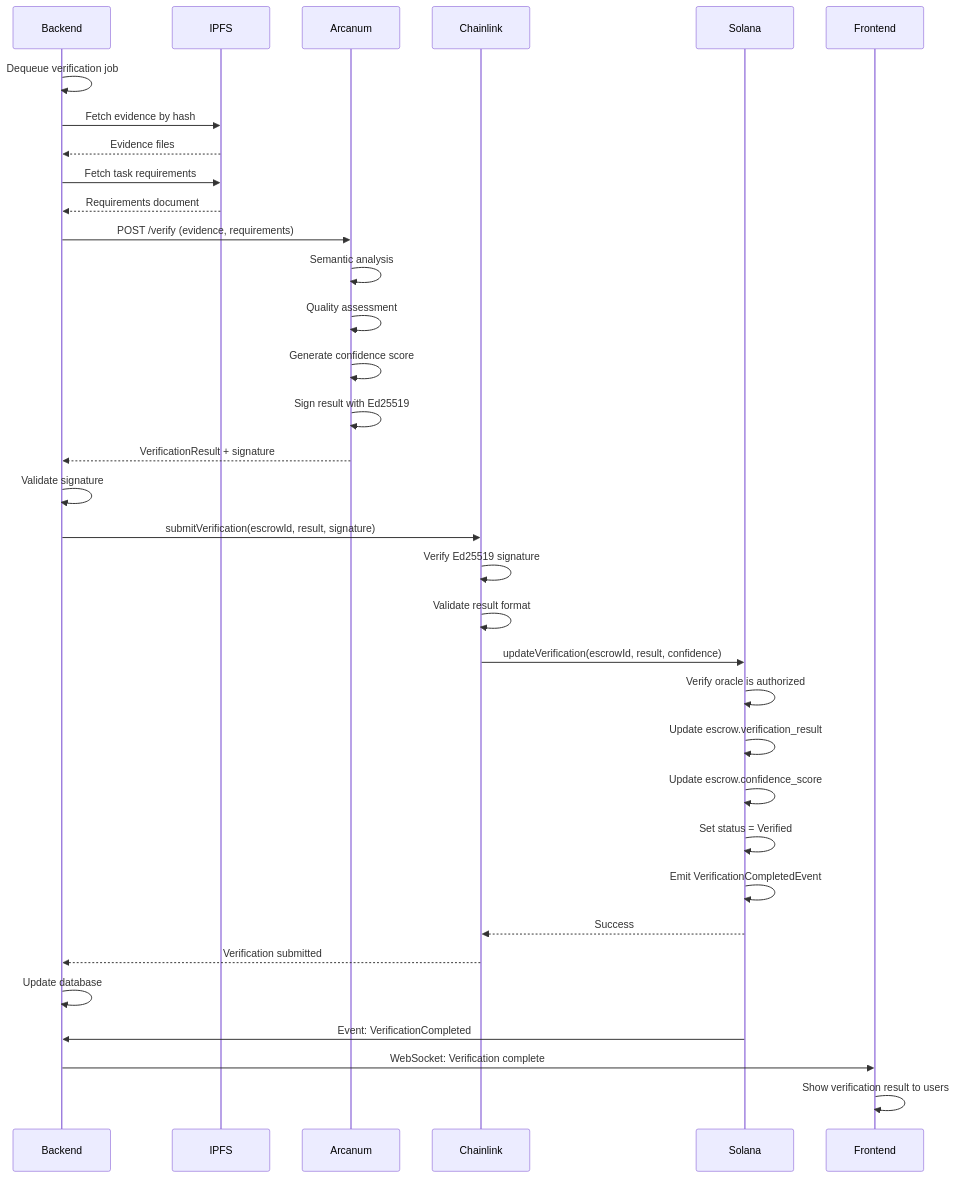
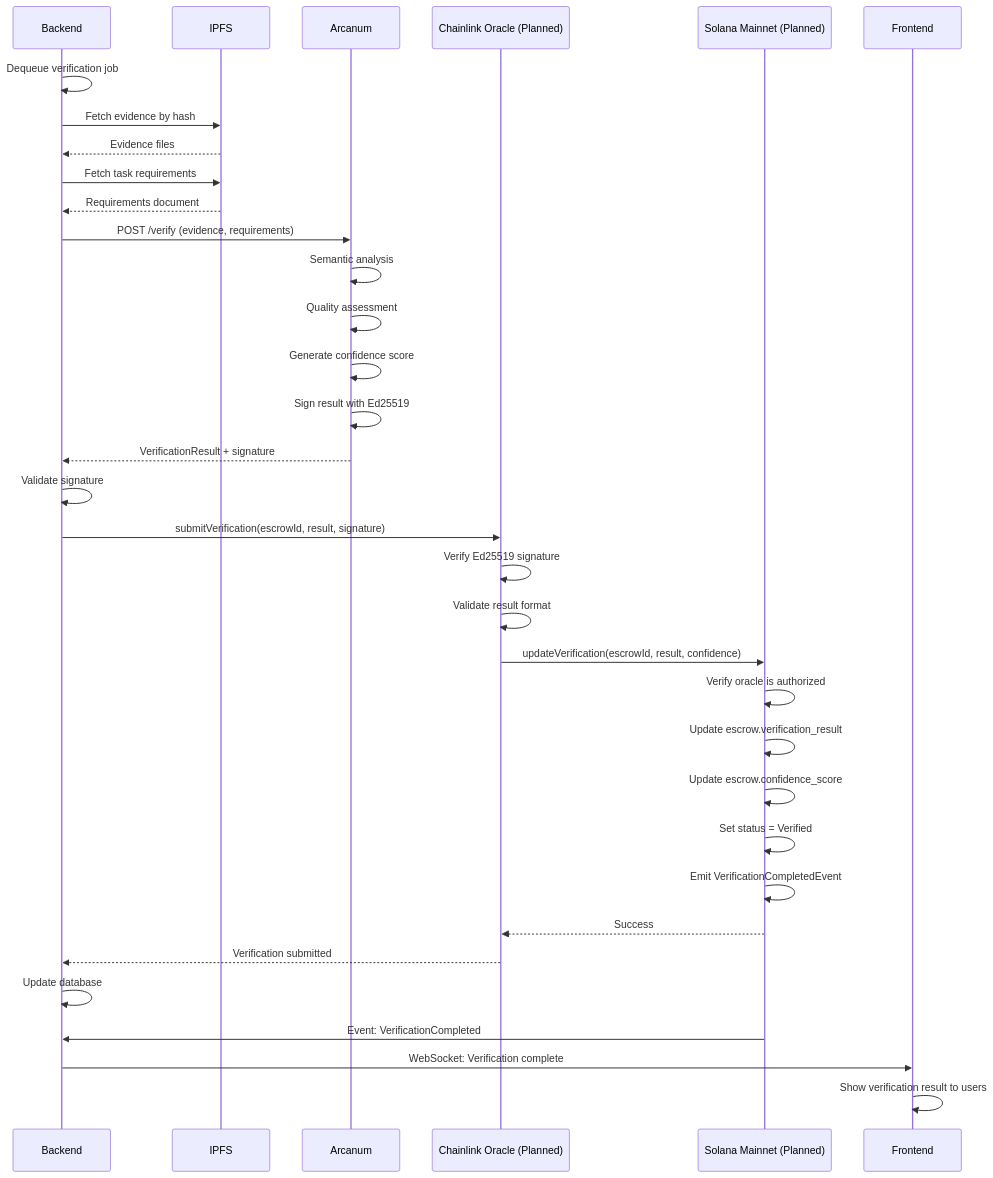
The eighth of 14 diagrams in technical-architecture.mdx (De-real-iManuel/aetherlock-docs), drawn with Mermaid before and after one commit. The commit also changed other lines of this file and 144 other files, not shown here.

````diff
--- a/technical-architecture.mdx
+++ b/technical-architecture.mdx
@@ -1643,43 +1218,43 @@
 ```mermaid
 sequenceDiagram
     participant Backend
     participant IPFS
     participant Arcanum
-    participant Chainlink
-    participant Solana
+    participant Chainlink as Chainlink Oracle (Planned)
+    participant Solana as Solana Mainnet (Planned)
     participant Frontend
     
     Backend->>Backend: Dequeue verification job
     Backend->>IPFS: Fetch evidence by hash
     IPFS-->>Backend: Evidence files
     
     Backend->>IPFS: Fetch task requirements
     IPFS-->>Backend: Requirements document
     
     Backend->>Arcanum: POST /verify (evidence, requirements)
     Arcanum->>Arcanum: Semantic analysis
     Arcanum->>Arcanum: Quality assessment
     Arcanum->>Arcanum: Generate confidence score
     Arcanum->>Arcanum: Sign result with Ed25519
     Arcanum-->>Backend: VerificationResult + signature
     
     Backend->>Backend: Validate signature
     Backend->>Chainlink: submitVerification(escrowId, result, signature)
     Chainlink->>Chainlink: Verify Ed25519 signature
     Chainlink->>Chainlink: Validate result format
     
     Chainlink->>Solana: updateVerification(escrowId, result, confidence)
     Solana->>Solana: Verify oracle is authorized
     Solana->>Solana: Update escrow.verification_result
     Solana->>Solana: Update escrow.confidence_score
     Solana->>Solana: Set status = Verified
     Solana->>Solana: Emit VerificationCompletedEvent
     Solana-->>Chainlink: Success
     
     Chainlink-->>Backend: Verification submitted
     Backend->>Backend: Update database
     
     Solana->>Backend: Event: VerificationCompleted
     Backend->>Frontend: WebSocket: Verification complete
     Frontend->>Frontend: Show verification result to users
 ```
````
